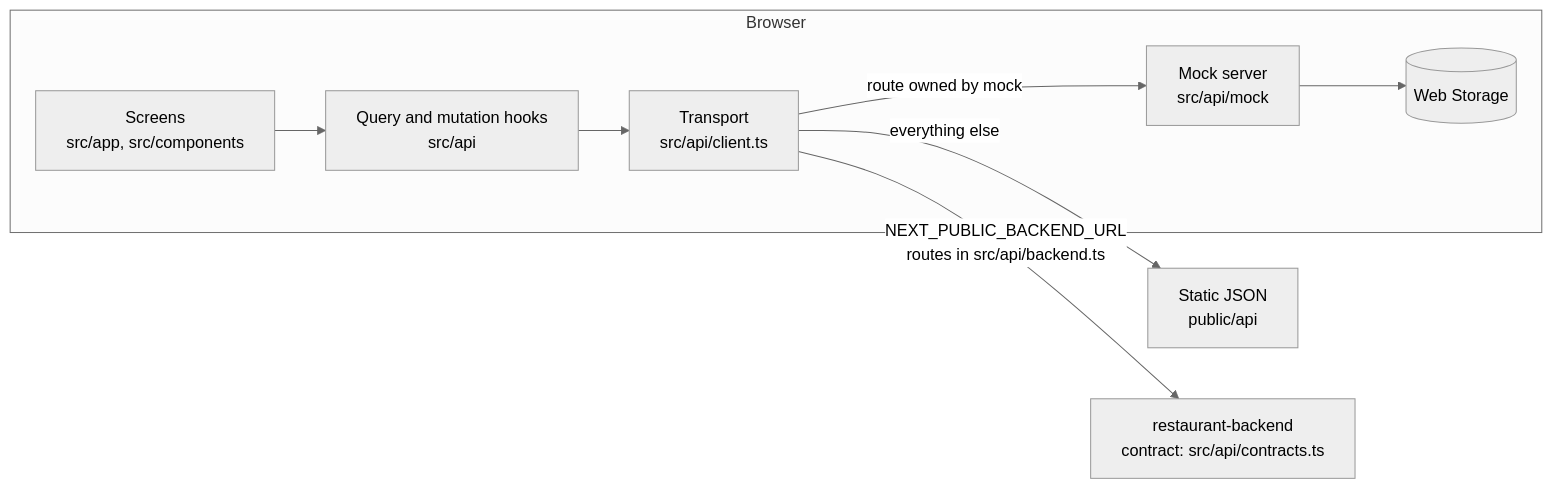
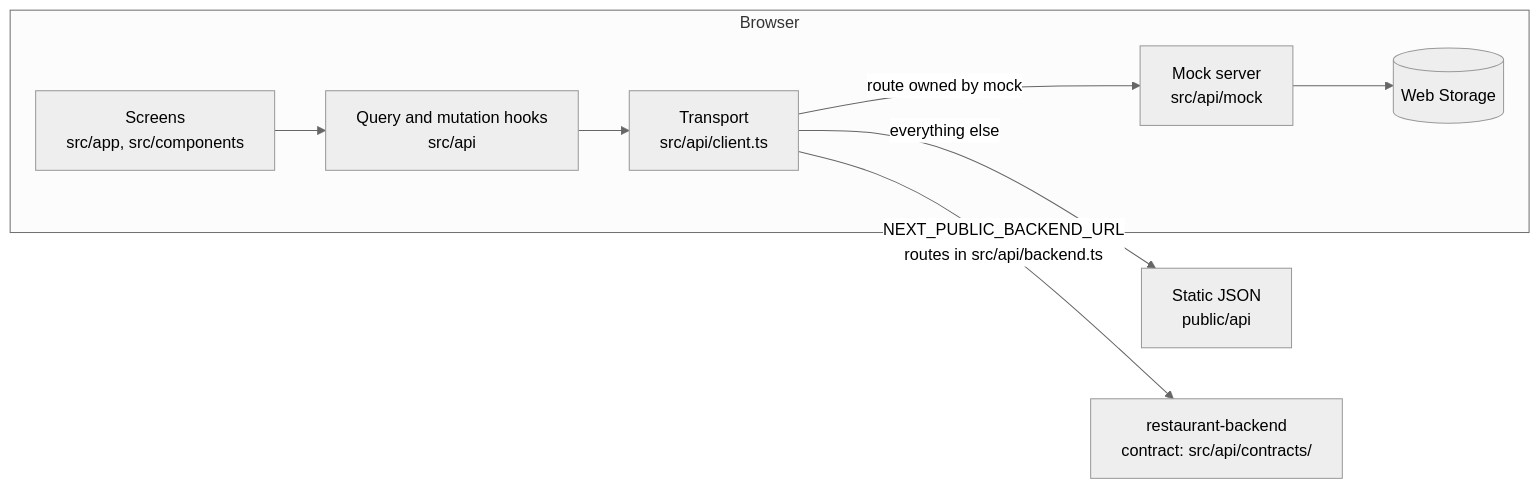
The diagram in docs/README.md (abhishekshah100/restaurant-order), drawn with Mermaid (neutral theme) before and after one commit. The commit also changed other lines of this file and 13 other files, not shown here.

````diff
--- a/docs/README.md
+++ b/docs/README.md
@@ -22,11 +28,11 @@
 ```mermaid
 flowchart LR
   subgraph Browser
     UI[Screens<br/>src/app, src/components] --> Hooks[Query and mutation hooks<br/>src/api]
     Hooks --> Client[Transport<br/>src/api/client.ts]
     Client -->|route owned by mock| Mock[Mock server<br/>src/api/mock]
     Mock --> Storage[(Web Storage)]
   end
   Client -->|everything else| Static[Static JSON<br/>public/api]
-  Client -->|NEXT_PUBLIC_BACKEND_URL<br/>routes in src/api/backend.ts| API[restaurant-backend<br/>contract: src/api/contracts.ts]
+  Client -->|NEXT_PUBLIC_BACKEND_URL<br/>routes in src/api/backend.ts| API[restaurant-backend<br/>contract: src/api/contracts/]
 ```
````
